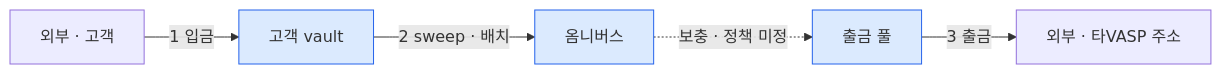
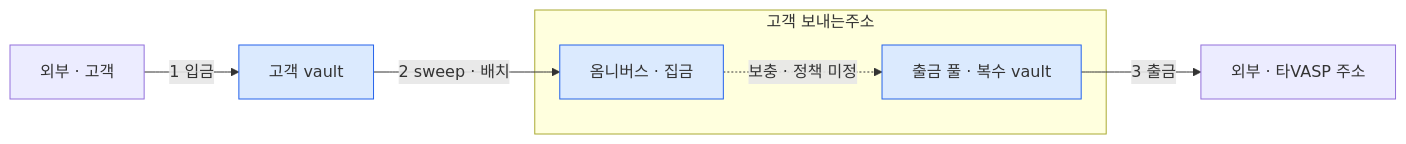
One commit to eunsujeo/fireblocks-test changed the first of 4 diagrams in docs/design/09-asset-map.md. Above: the diagram before and after it, drawn with Mermaid. The commit also changed other lines of this file and 8 other files, not shown here.

````diff
--- a/docs/design/09-asset-map.md
+++ b/docs/design/09-asset-map.md
@@ -24,16 +50,18 @@
 ```mermaid
 flowchart LR
   EXT["외부 · 고객"]
   CV["고객 vault"]
-  OM["옴니버스"]
-  WP["출금 풀"]
+  subgraph SEND["고객 보내는주소"]
+    OM["옴니버스 · 집금"]
+    WP["출금 풀 · 복수 vault"]
+  end
   D["외부 · 타VASP 주소"]
 
   EXT -->|1 입금| CV
   CV -->|2 sweep · 배치| OM
   OM -.->|보충 · 정책 미정| WP
   WP -->|3 출금| D
 
   classDef vault fill:#dbeafe,stroke:#2563eb
   class CV,OM,WP vault
 ```
````
